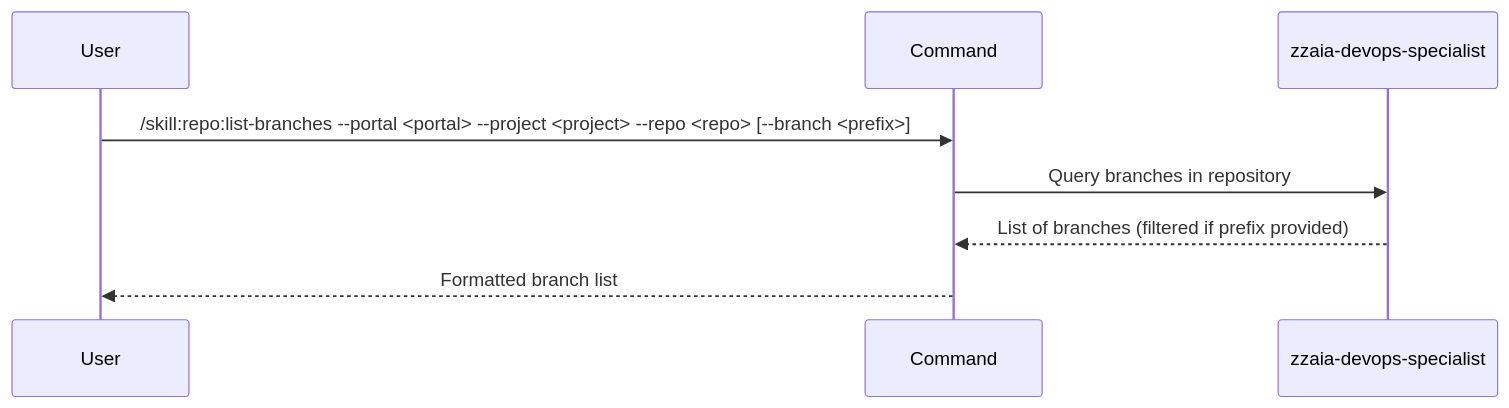
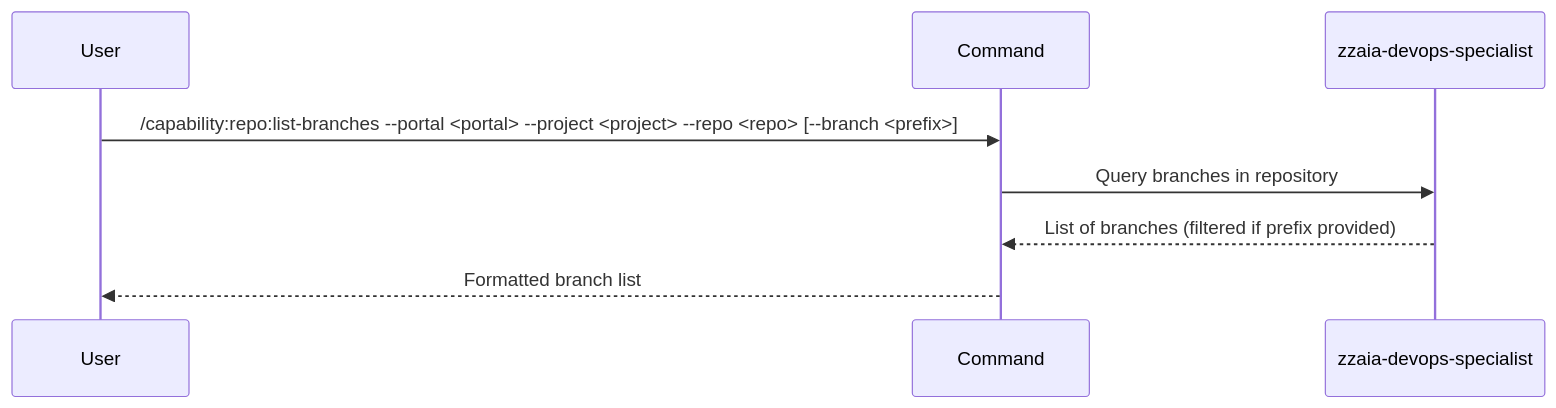
Before and after one commit to zzaia/zzaia-agentic-workspace: the diagram in .claude/commands/behavior/devops/repo/list-branches/SKILL.md, drawn with Mermaid. The commit also changed other lines of this file and 106 other files, not shown here.

Commit message:
Change the skill layer to capability to avoid confusion between the skill pattern;

````diff
--- a/.claude/commands/behavior/devops/repo/list-branches/SKILL.md
+++ b/.claude/commands/behavior/devops/repo/list-branches/SKILL.md
@@ -49,11 +49,11 @@
 ```mermaid
 sequenceDiagram
     participant U as User
     participant C as Command
     participant A as zzaia-devops-specialist
 
-    U->>C: /skill:repo:list-branches --portal <portal> --project <project> --repo <repo> [--branch <prefix>]
+    U->>C: /capability:repo:list-branches --portal <portal> --project <project> --repo <repo> [--branch <prefix>]
     C->>A: Query branches in repository
     A-->>C: List of branches (filtered if prefix provided)
     C-->>U: Formatted branch list
 ```
````
